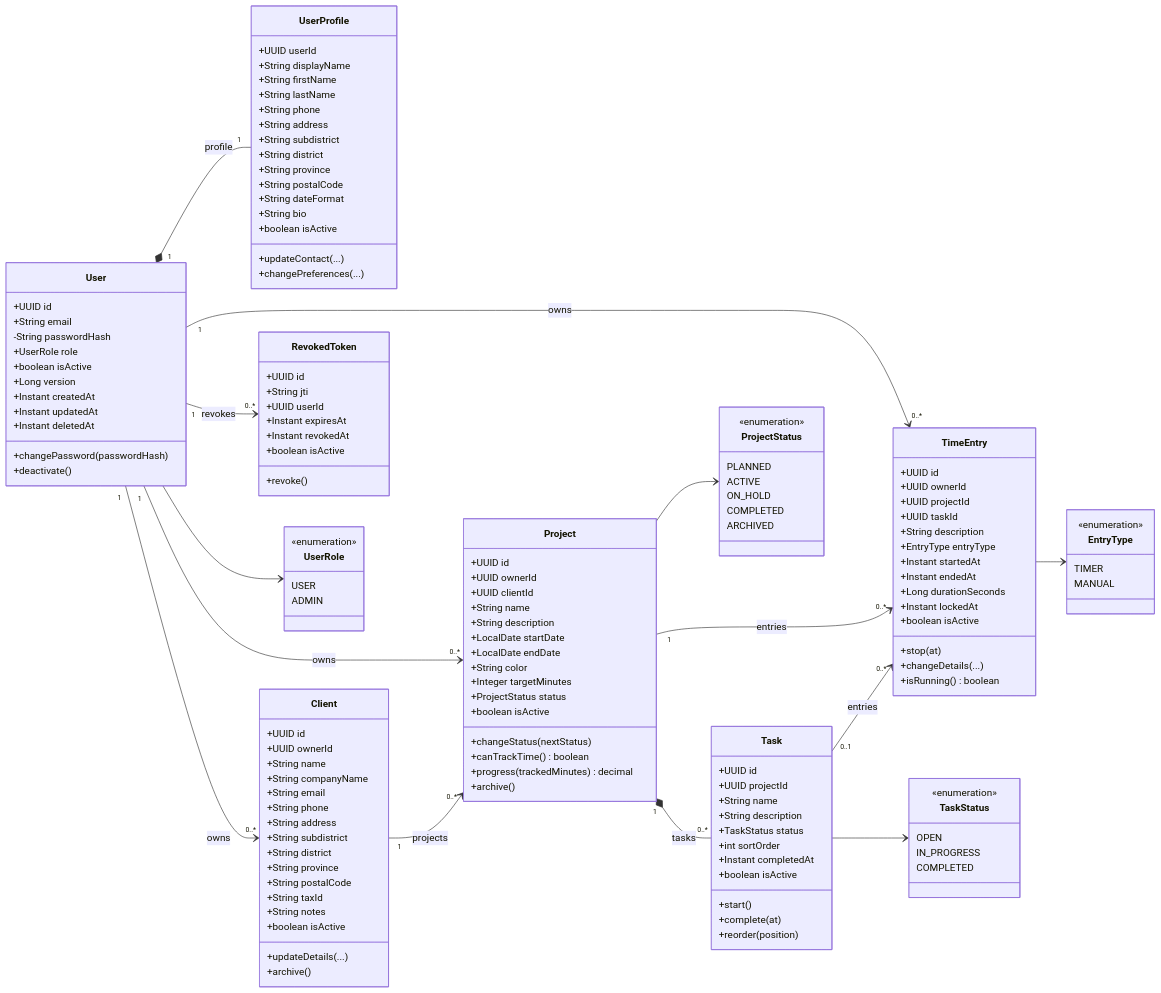
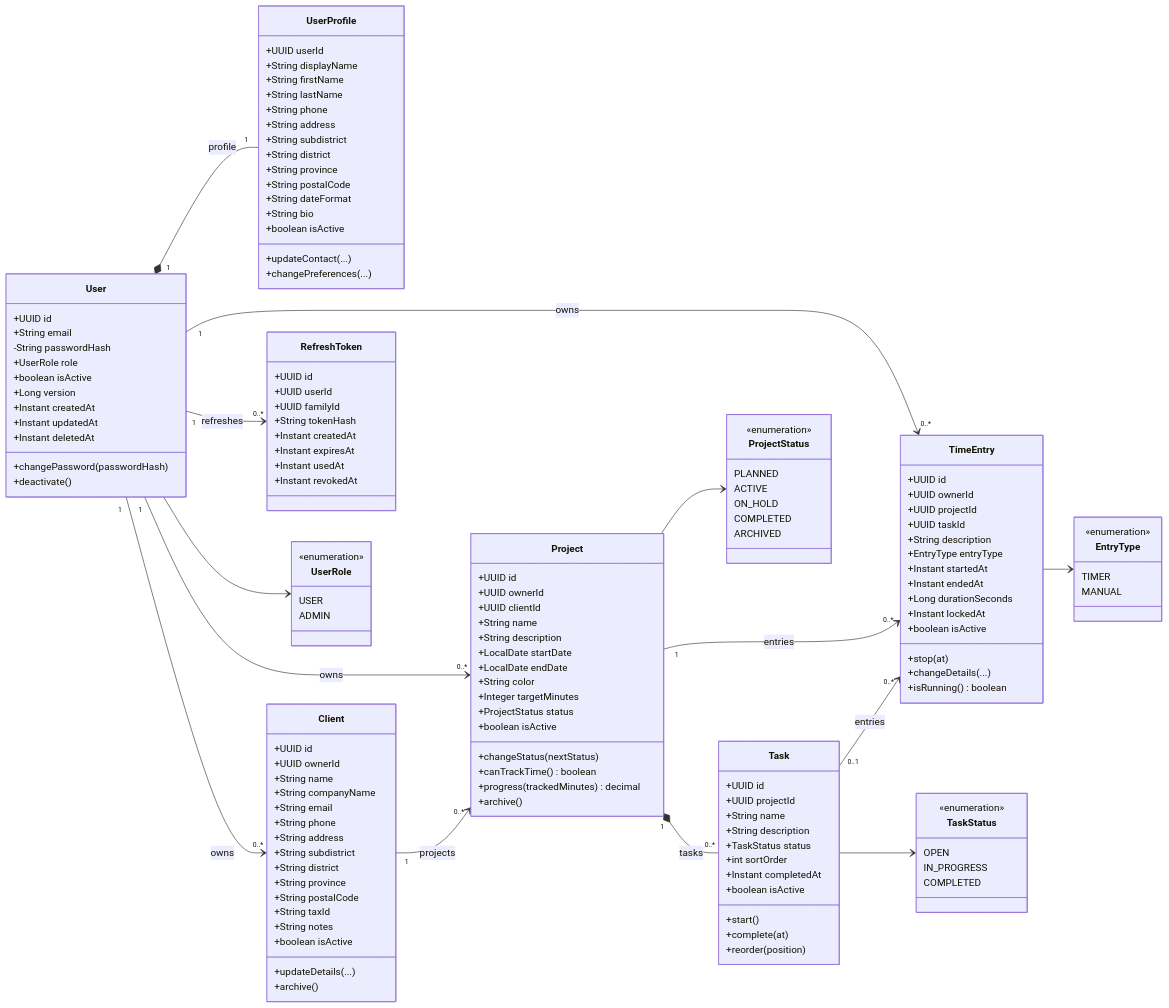
One commit to lillianxhub/freelance-hub changed the diagram in doc/diagrams/class-diagram.md. Above: the diagram before and after it, drawn with Mermaid. The commit also changed 40 other files, not shown here.

Commit message:
Implement rotating refresh token lifecycle

```diff
--- a/doc/diagrams/class-diagram.md
+++ b/doc/diagrams/class-diagram.md
@@ -102,14 +102,15 @@
         +changeDetails(...)
         +isRunning() boolean
     }
-    class RevokedToken {
+    class RefreshToken {
         +UUID id
-        +String jti
         +UUID userId
+        +UUID familyId
+        +String tokenHash
+        +Instant createdAt
         +Instant expiresAt
+        +Instant usedAt
         +Instant revokedAt
-        +boolean isActive
-        +revoke()
     }
     class UserRole {
         <<enumeration>>
@@ -140,7 +141,7 @@
     User "1" --> "0..*" Client : owns
     User "1" --> "0..*" Project : owns
     User "1" --> "0..*" TimeEntry : owns
-    User "1" --> "0..*" RevokedToken : revokes
+    User "1" --> "0..*" RefreshToken : refreshes
     Client "1" --> "0..*" Project : projects
     Project "1" *-- "0..*" Task : tasks
     Project "1" --> "0..*" TimeEntry : entries
```
